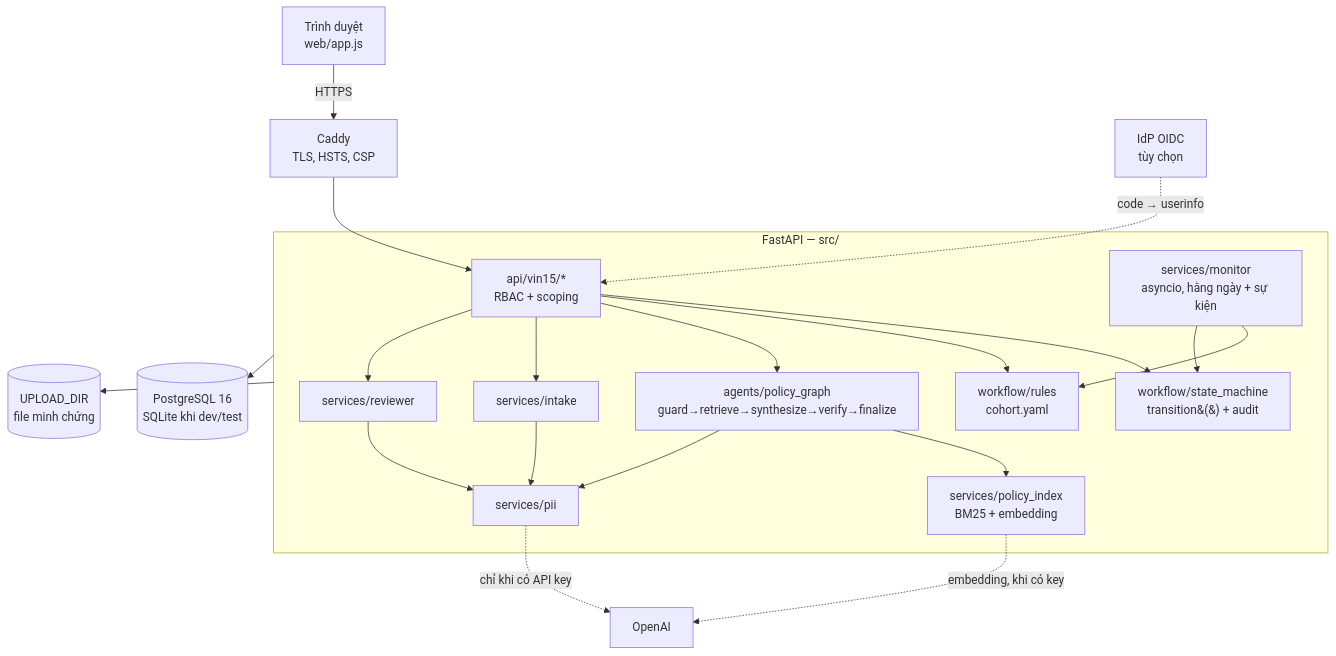
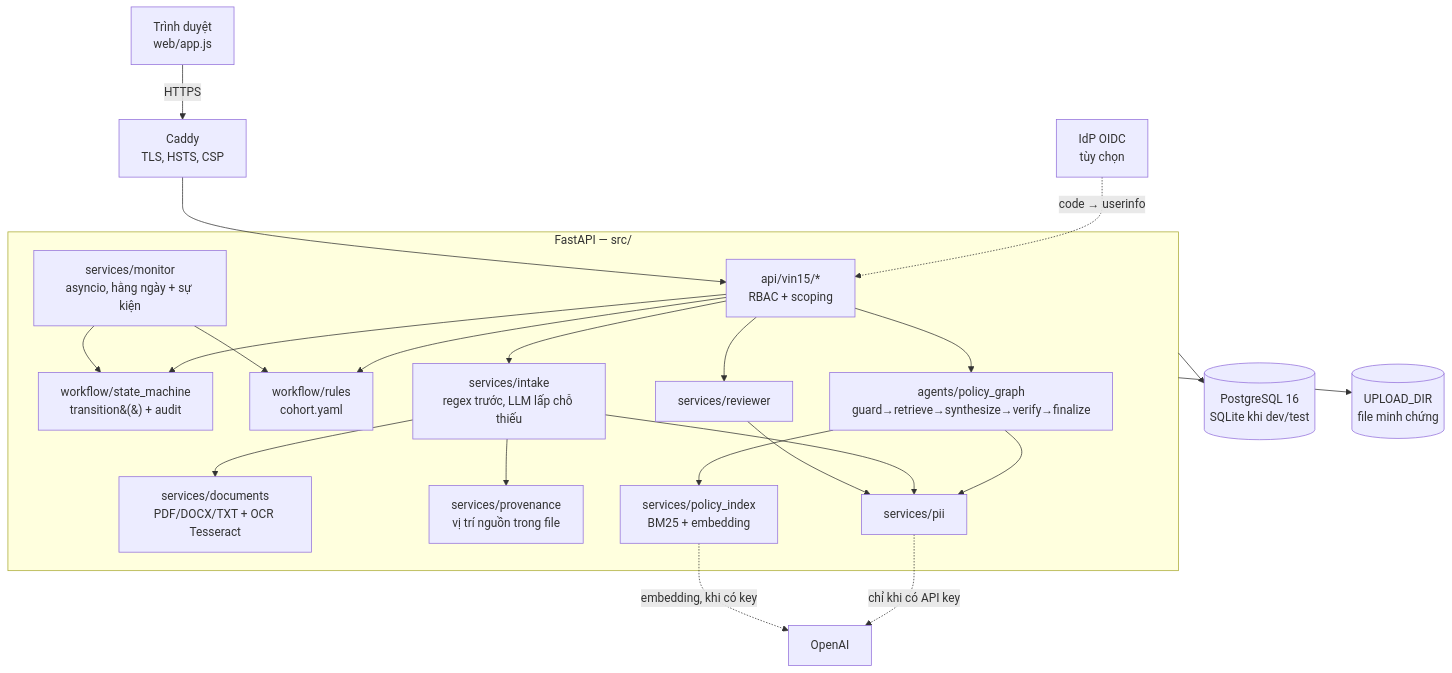
The first of 2 diagrams in ARCHITECTURE.md (hoangnam2612/mini-agent-studio), drawn with Mermaid before and after one commit. The commit also changed other lines of this file and 9 other files, not shown here.

````diff
--- a/ARCHITECTURE.md
+++ b/ARCHITECTURE.md
@@ -13,25 +13,27 @@
 ```mermaid
 graph TB
     Browser[Trình duyệt<br/>web/app.js] -->|HTTPS| Caddy[Caddy<br/>TLS, HSTS, CSP]
     IdP[IdP OIDC<br/>tùy chọn] -.->|code → userinfo| API
     Caddy --> API
 
     subgraph Backend[FastAPI — src/]
         API[api/vin15/*<br/>RBAC + scoping] --> WF[workflow/state_machine<br/>transition&#40;&#41; + audit]
         API --> Rules[workflow/rules<br/>cohort.yaml]
         API --> Agent[agents/policy_graph<br/>guard→retrieve→synthesize→verify→finalize]
-        API --> Intake[services/intake]
+        API --> Intake[services/intake<br/>regex trước, LLM lấp chỗ thiếu]
+        Intake --> Docs[services/documents<br/>PDF/DOCX/TXT + OCR Tesseract]
+        Intake --> Prov[services/provenance<br/>vị trí nguồn trong file]
         API --> Reviewer[services/reviewer]
         Monitor[services/monitor<br/>asyncio, hằng ngày + sự kiện] --> Rules
         Monitor --> WF
         Agent --> Index[services/policy_index<br/>BM25 + embedding]
         Agent --> PII[services/pii]
         Intake --> PII
         Reviewer --> PII
     end
 
     PII -.->|chỉ khi có API key| LLM[OpenAI]
     Index -.->|embedding, khi có key| LLM
     Backend --> DB[(PostgreSQL 16<br/>SQLite khi dev/test)]
     Backend --> Files[(UPLOAD_DIR<br/>file minh chứng)]
 ```
````
